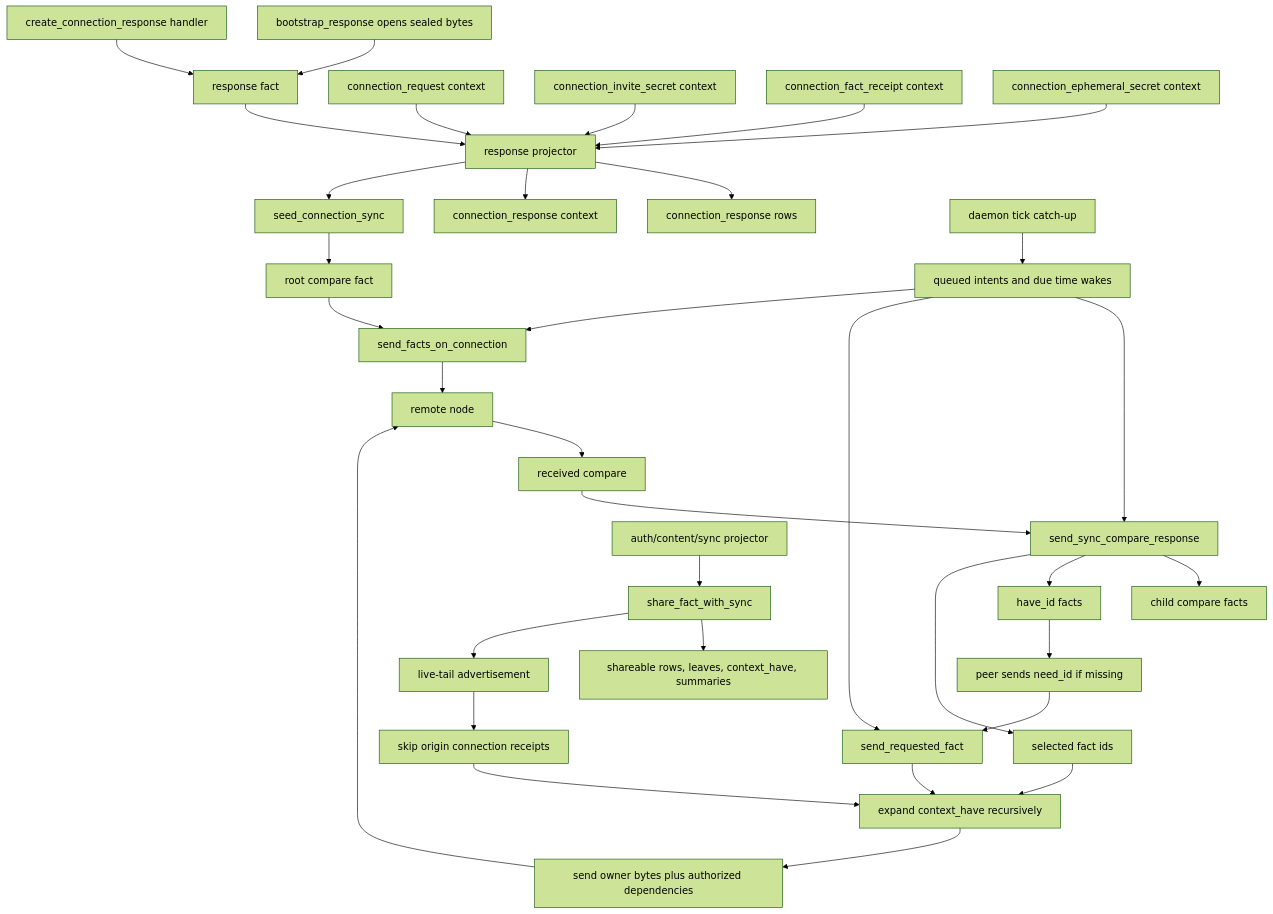
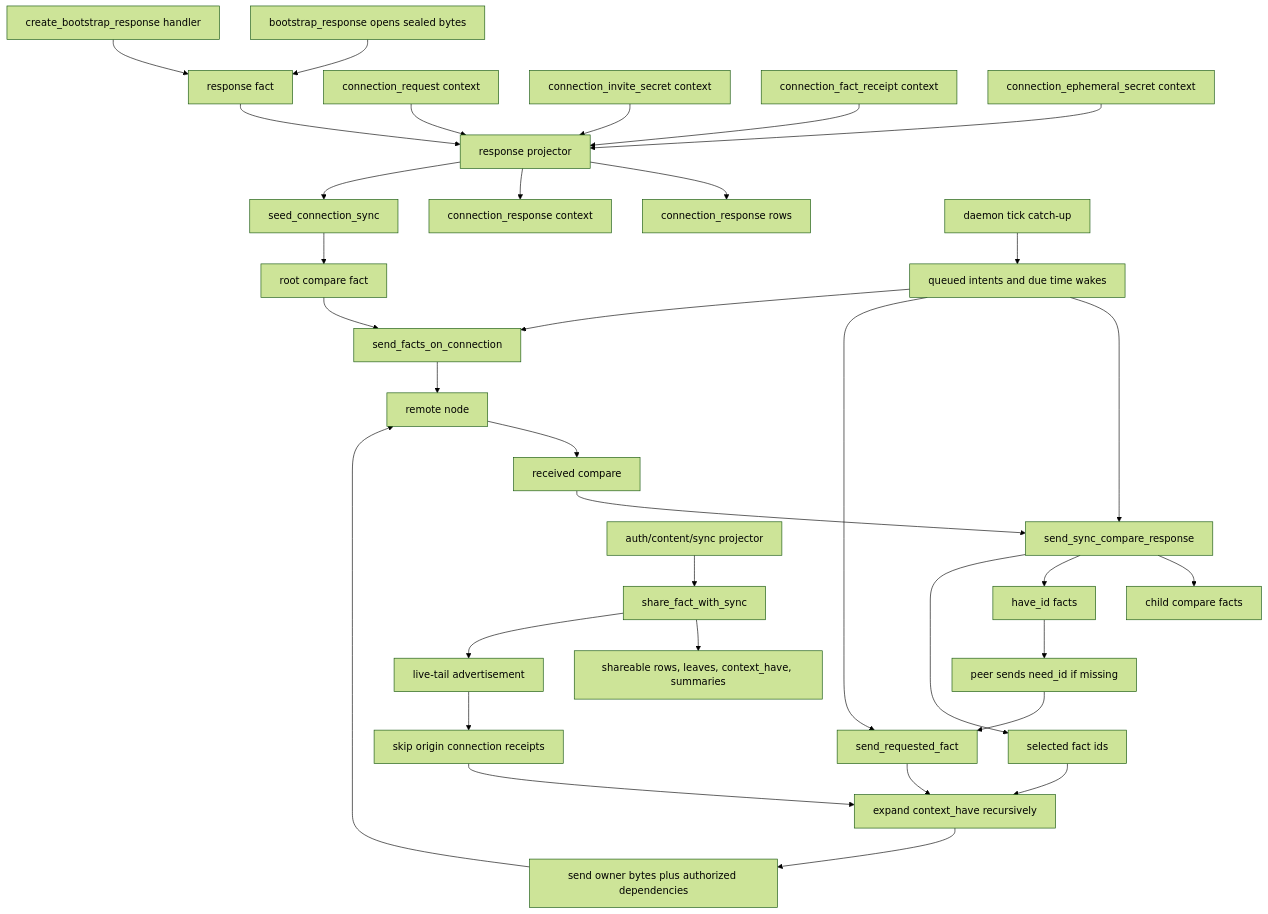
The fifth of 6 diagrams in ARCHITECTURE_DIAGRAMS.md (holmesworcester/poc-10), drawn with Mermaid (forest theme) before and after one commit. The commit also changed other lines of this file and 45 other files, not shown here.

````diff
--- a/ARCHITECTURE_DIAGRAMS.md
+++ b/ARCHITECTURE_DIAGRAMS.md
@@ -207,41 +207,41 @@
 ```mermaid
 %%{init: {"flowchart": {"wrappingWidth": 340}} }%%
 flowchart TD
     BOOT_RESP["bootstrap_response opens sealed bytes"] --> RESP_FACT["response fact"]
-    RESPONDER["create_connection_response handler"] --> RESP_FACT
+    RESPONDER["create_bootstrap_response handler"] --> RESP_FACT
     REQUEST_CTX["connection_request context"] --> RESP_PROJECTOR["response projector"]
     INVITE_CTX["connection_invite_secret context"] --> RESP_PROJECTOR
     RECEIPT_CTX["connection_fact_receipt context"] --> RESP_PROJECTOR
     EPHEMERAL_CTX["connection_ephemeral_secret context"] --> RESP_PROJECTOR
     RESP_FACT --> RESP_PROJECTOR
     RESP_PROJECTOR --> RESPONSE_ROWS["connection_response rows"]
     RESP_PROJECTOR --> RESPONSE_CTX["connection_response context"]
     RESP_PROJECTOR --> SEED["seed_connection_sync"]
     SEED --> ROOT_COMPARE["root compare fact"]
     ROOT_COMPARE --> SEND_COMPARE["send_facts_on_connection"]
     SEND_COMPARE --> PEER["remote node"]
 
     PEER --> PEER_COMPARE["received compare"]
     PEER_COMPARE --> COMPARE_HANDLER["send_sync_compare_response"]
     COMPARE_HANDLER --> CHILD_COMPARE["child compare facts"]
     COMPARE_HANDLER --> HAVE["have_id facts"]
     COMPARE_HANDLER --> SELECT["selected fact ids"]
     SELECT --> EXPAND["expand context_have recursively"]
     EXPAND --> SEND_BYTES["send owner bytes plus authorized dependencies"]
     SEND_BYTES --> PEER
 
     HAVE --> PEER_NEED["peer sends need_id if missing"]
     PEER_NEED --> SEND_REQUESTED["send_requested_fact"]
     SEND_REQUESTED --> EXPAND
 
     OWNER_PROJECTOR["auth/content/sync projector"] --> SHARE["share_fact_with_sync"]
     SHARE --> INDEX["shareable rows, leaves, context_have, summaries"]
     SHARE --> LIVE["live-tail advertisement"]
     LIVE --> ORIGIN_FILTER["skip origin connection receipts"]
     ORIGIN_FILTER --> EXPAND
 
     TICK["daemon tick catch-up"] --> QUEUED["queued intents and due time wakes"]
     QUEUED --> COMPARE_HANDLER
     QUEUED --> SEND_REQUESTED
     QUEUED --> SEND_COMPARE
 ```
````
